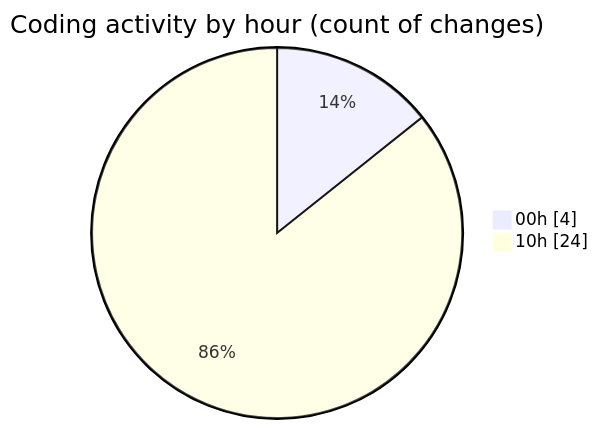
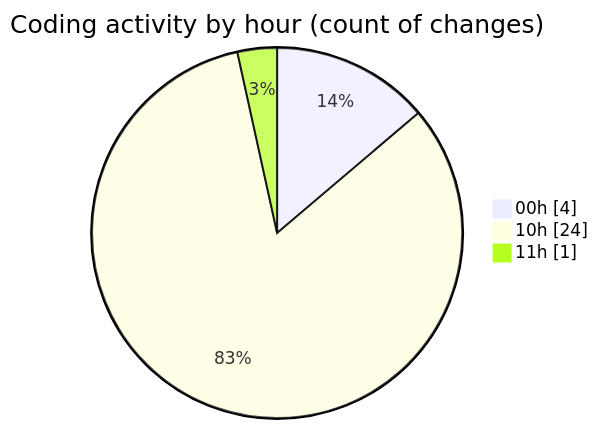
One commit to Netris89/code-tracking changed the second of 2 diagrams in 2025-04-04/back-end/README.md. Above: the diagram before and after it, drawn with Mermaid. The commit also changed other lines of this file and 1 other file, not shown here.

````diff
--- a/2025-04-04/back-end/README.md
+++ b/2025-04-04/back-end/README.md
@@ -30,6 +32,7 @@
 ```mermaid
 pie showData
 title Coding activity by hour (count of changes)
 "00h" : 4
 "10h" : 24
+"11h" : 1
 ```
````
